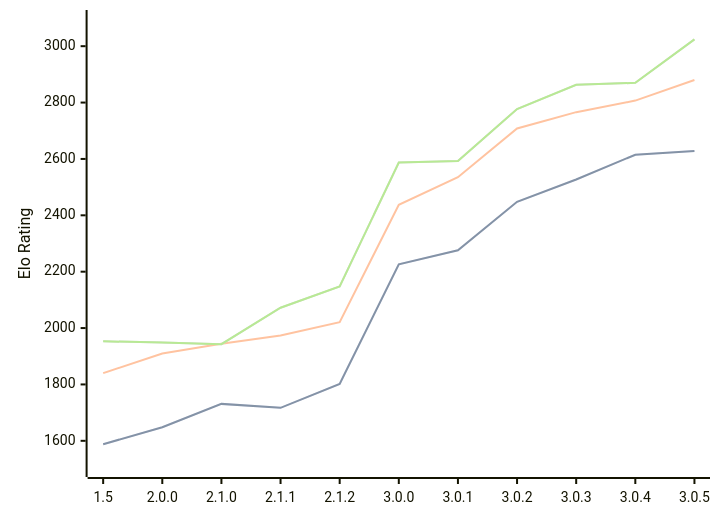
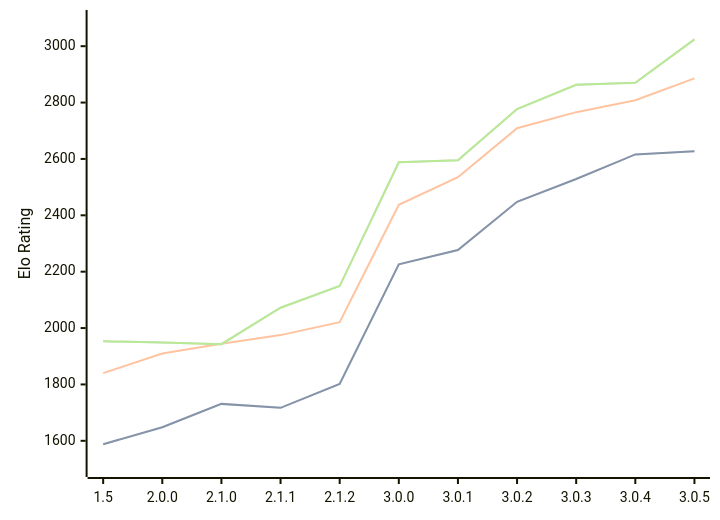
The third of 3 diagrams in engines/Rudim.md (computer-chess-index/cci), drawn with Mermaid before and after one commit. The commit also changed other lines of this file, not shown here.

Commit message:
Update CCI Ratings (ELO VLTC) - 2026-07-13

````diff
--- a/engines/Rudim.md
+++ b/engines/Rudim.md
@@ -83,11 +83,11 @@
 ```mermaid
 %%{init: {"theme":"base","themeVariables":{"seriesColors:['#a3a3a3','#222221','#faa371']}}}%%
 xychart-beta
   x-axis ["1.5", "2.0.0", "2.1.0", "2.1.1", "2.1.2", "3.0.0", "3.0.1", "3.0.2", "3.0.3", "3.0.4", "3.0.5"]
   y-axis "Elo Rating" 1500 --> 3100
-  line "STC (8.0+0.08s)" [1588, 1648, 1731, 1717, 1802, 2226, 2276, 2448, 2527, 2615, 2628]
-  line "STC (8.0+0.08s)" [1588, 1648, 1731, 1717, 1802, 2226, 2276, 2448, 2527, 2615, 2628]
-  line "LTC (60.0+0.60s)" [1840, 1910, 1944, 1974, 2021, 2437, 2535, 2708, 2766, 2807, 2880]
-  line "VLTC (2m24s+1.12s)" [1953, 1949, 1943, 2072, 2148, 2587, 2593, 2777, 2863, 2870, 3024]
-  line "VLTC (2m24s+1.12s)" [1953, 1949, 1943, 2072, 2148, 2587, 2593, 2777, 2863, 2870, 3024]
+  line "STC (8.0+0.08s)" [1588, 1648, 1731, 1717, 1802, 2226, 2277, 2448, 2529, 2616, 2627]
+  line "STC (8.0+0.08s)" [1588, 1648, 1731, 1717, 1802, 2226, 2277, 2448, 2529, 2616, 2627]
+  line "LTC (60.0+0.60s)" [1840, 1910, 1944, 1975, 2021, 2437, 2535, 2709, 2766, 2808, 2886]
+  line "VLTC (2m24s+1.12s)" [1953, 1949, 1943, 2072, 2149, 2588, 2595, 2777, 2863, 2870, 3024]
+  line "VLTC (2m24s+1.12s)" [1953, 1949, 1943, 2072, 2149, 2588, 2595, 2777, 2863, 2870, 3024]
 ```
````
